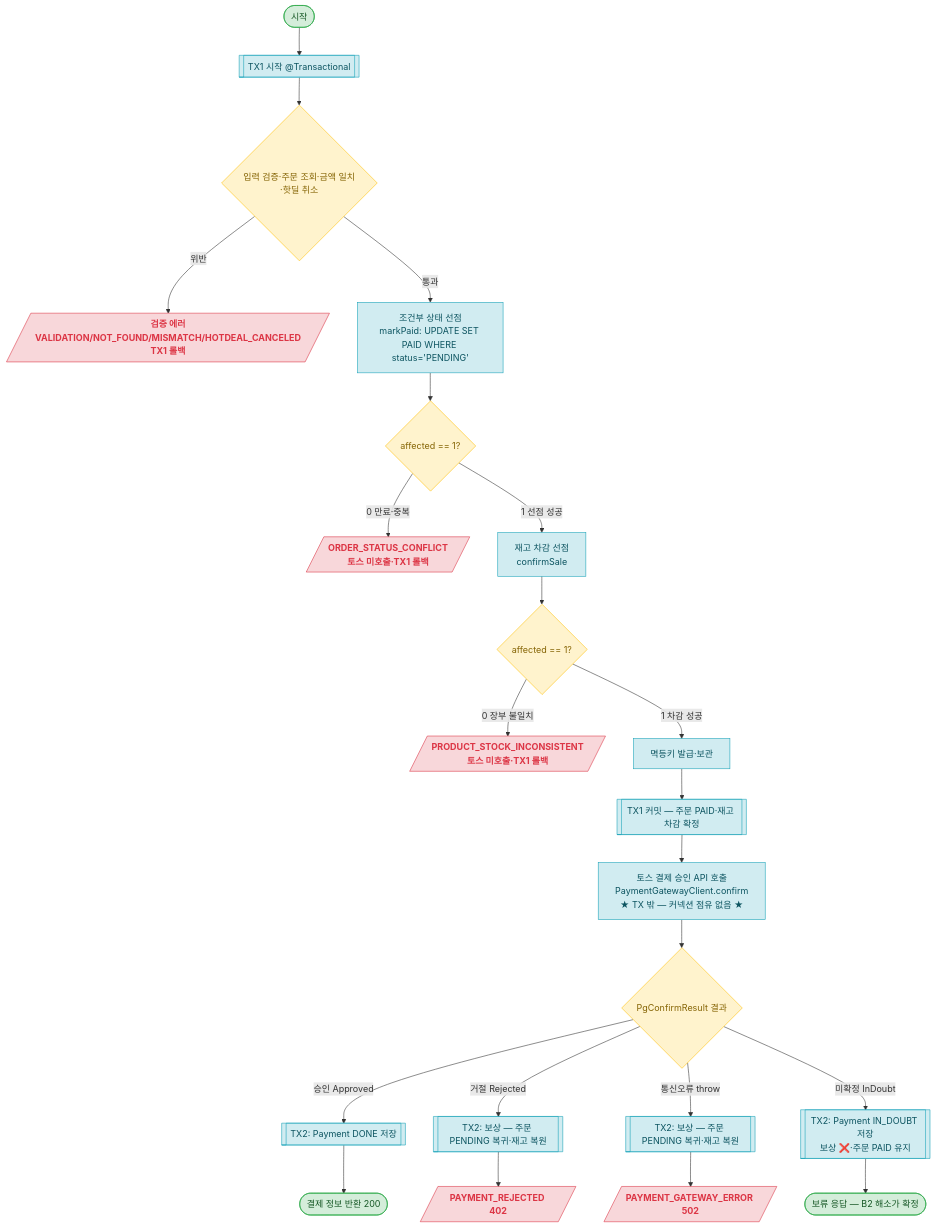
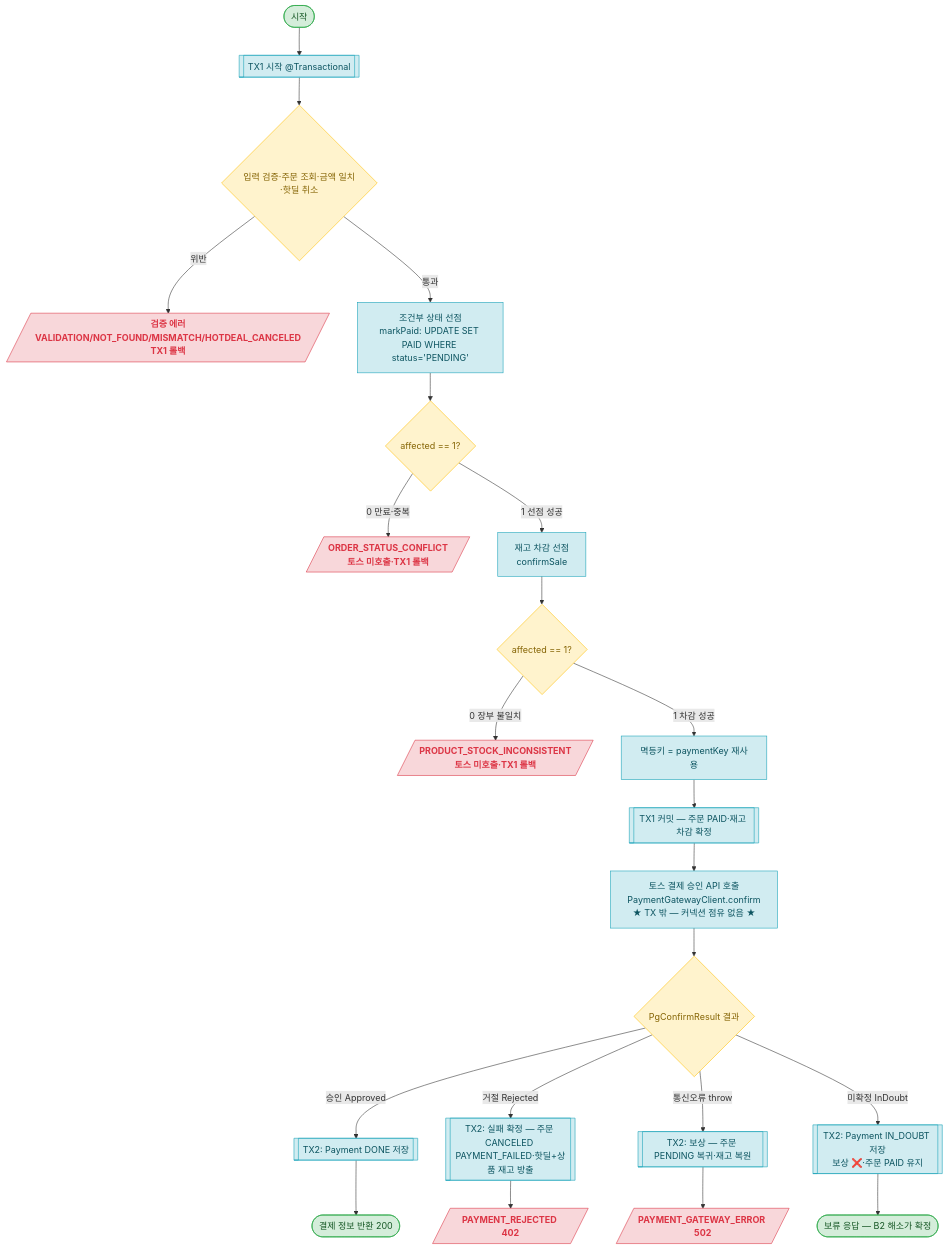
Before and after one commit to Ting97ok/hotdeal-commerce: the second of 2 diagrams in docs/payment/api-design-user.md, drawn with Mermaid. The commit also changed other lines of this file and 2 other files, not shown here.

First line of the commit message:
[Docs] 결제 거절=실패 확정 전파 — B1 흐름·분류표·mermaid·ADR-0008

````diff
--- a/docs/payment/api-design-user.md
+++ b/docs/payment/api-design-user.md
@@ -213,29 +213,29 @@
 ```mermaid
 flowchart TD
     A([시작]):::success --> TX1[["TX1 시작 @Transactional"]]:::process
     TX1 --> B{입력 검증·주문 조회·금액 일치·핫딜 취소}:::decision
     B -- 위반 --> C[/검증 에러\nVALIDATION/NOT_FOUND/MISMATCH/HOTDEAL_CANCELED\nTX1 롤백/]:::error
     B -- 통과 --> D[조건부 상태 선점\nmarkPaid: UPDATE SET PAID WHERE status='PENDING']:::process
     D --> E{affected == 1?}:::decision
     E -- 0 만료·중복 --> F[/ORDER_STATUS_CONFLICT\n토스 미호출·TX1 롤백/]:::error
     E -- 1 선점 성공 --> G[재고 차감 선점\nconfirmSale]:::process
     G --> H{affected == 1?}:::decision
     H -- 0 장부 불일치 --> I[/PRODUCT_STOCK_INCONSISTENT\n토스 미호출·TX1 롤백/]:::error
-    H -- 1 차감 성공 --> J[멱등키 발급·보관]:::process
+    H -- 1 차감 성공 --> J[멱등키 = paymentKey 재사용]:::process
     J --> TX1C[["TX1 커밋 — 주문 PAID·재고 차감 확정"]]:::process
     TX1C --> K[토스 결제 승인 API 호출\nPaymentGatewayClient.confirm\n★ TX 밖 — 커넥션 점유 없음 ★]:::process
     K --> L{PgConfirmResult 결과}:::decision
     L -- 승인 Approved --> TX2D[["TX2: Payment DONE 저장"]]:::process
     TX2D --> M([결제 정보 반환 200]):::success
-    L -- 거절 Rejected --> TX2R[["TX2: 보상 — 주문 PENDING 복귀·재고 복원"]]:::process
+    L -- 거절 Rejected --> TX2R[["TX2: 실패 확정 — 주문 CANCELED PAYMENT_FAILED·핫딜+상품 재고 방출"]]:::process
     TX2R --> N[/PAYMENT_REJECTED 402/]:::error
     L -- 통신오류 throw --> TX2E[["TX2: 보상 — 주문 PENDING 복귀·재고 복원"]]:::process
     TX2E --> O[/PAYMENT_GATEWAY_ERROR 502/]:::error
     L -- 미확정 InDoubt --> TX2I[["TX2: Payment IN_DOUBT 저장\n보상 ❌·주문 PAID 유지"]]:::process
     TX2I --> P([보류 응답 — B2 해소가 확정]):::success
 
     classDef error fill:#f8d7da,stroke:#dc3545,color:#dc3545,font-weight:bold
     classDef success fill:#d4edda,stroke:#28a745,color:#155724
     classDef process fill:#d1ecf1,stroke:#17a2b8,color:#0c5460
     classDef decision fill:#fff3cd,stroke:#ffc107,color:#856404
 ```
````
